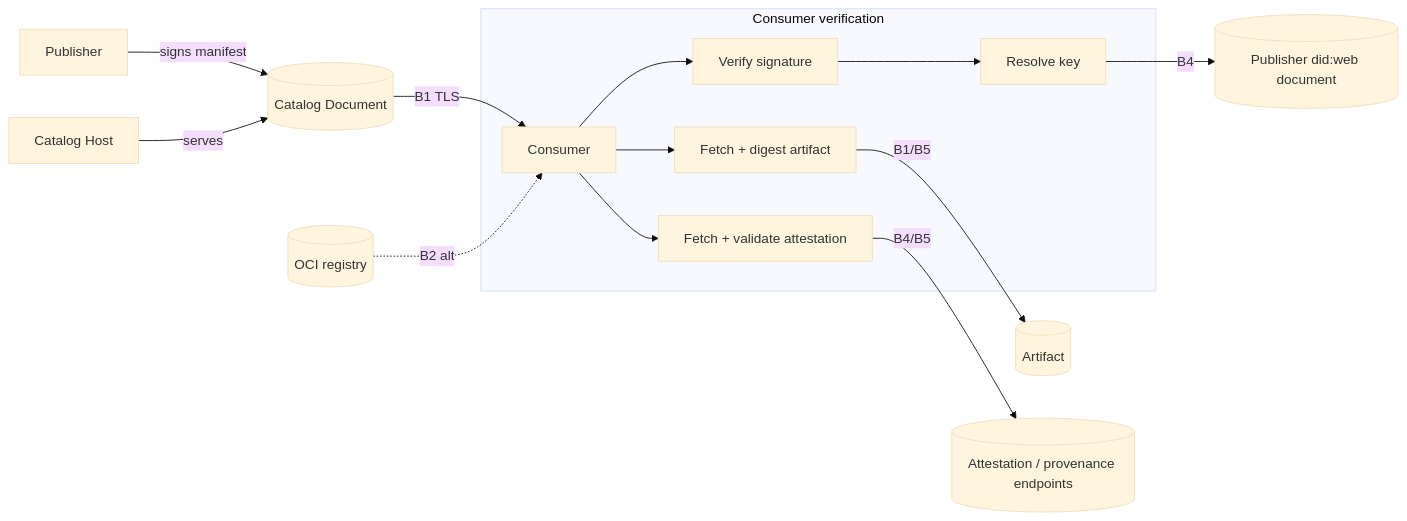
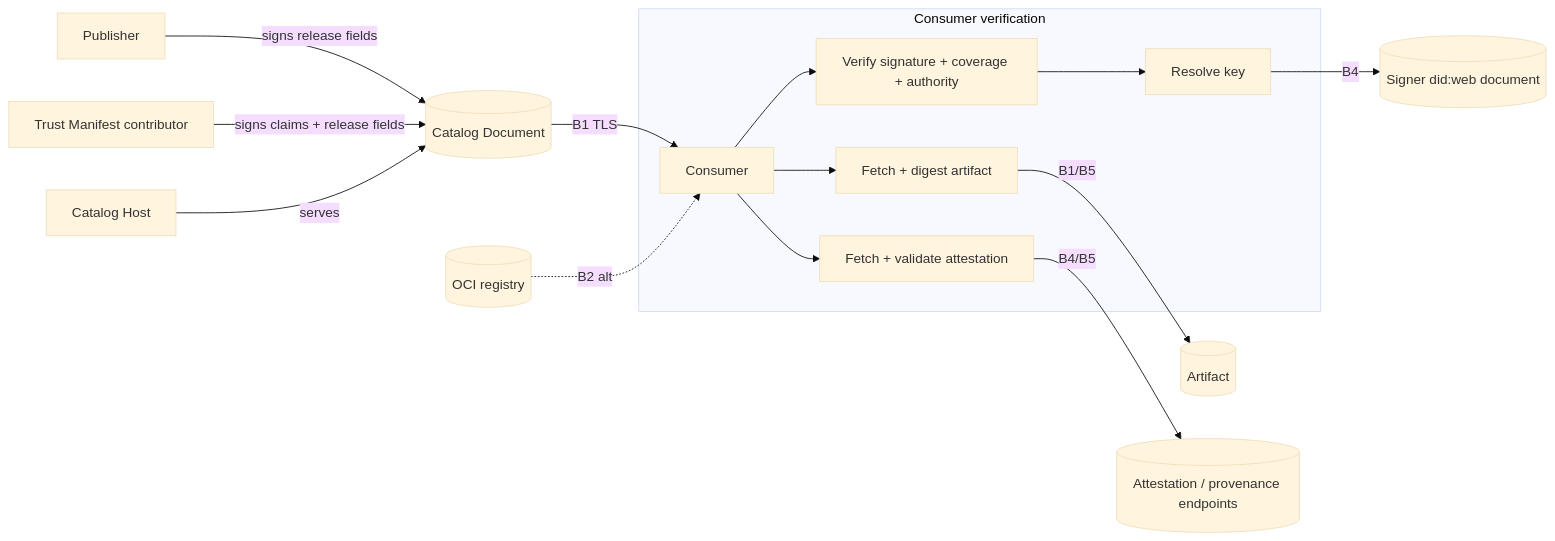
One commit to Agent-Card/ai-catalog changed the diagram in specification/trust-manifest-threat-model.md. Above: the diagram before and after it, drawn with Mermaid (base theme). The commit also changed other lines of this file and 18 other files, not shown here.

First line of the commit message:
Group trust metadata by contributor and sign selected catalog fields

````diff
--- a/specification/trust-manifest-threat-model.md
+++ b/specification/trust-manifest-threat-model.md
@@ -81,16 +89,17 @@
 ```mermaid
 flowchart LR
-    Pub[Publisher] -->|signs manifest| Cat[(Catalog Document)]
+    Pub[Publisher] -->|signs release fields| Cat[(Catalog Document)]
+    Contributor[Trust Manifest contributor] -->|signs claims + release fields| Cat
     Host[Catalog Host] -->|serves| Cat
     Cat -->|B1 TLS| Cons[Consumer]
     subgraph Consumer verification
-        Cons --> Ver[Verify signature]
+        Cons --> Ver[Verify signature + coverage + authority]
         Ver --> KeyRes[Resolve key]
         Cons --> ArtFetch[Fetch + digest artifact]
         Cons --> AttFetch[Fetch + validate attestation]
     end
-    KeyRes -->|B4| KeyEP[(Publisher did:web document)]
+    KeyRes -->|B4| KeyEP[(Signer did:web document)]
     ArtFetch -->|B1/B5| Art[(Artifact)]
     AttFetch -->|B4/B5| AttEP[(Attestation / provenance endpoints)]
     Reg[(OCI registry)] -. B2 alt .-> Cons
 ```
````
